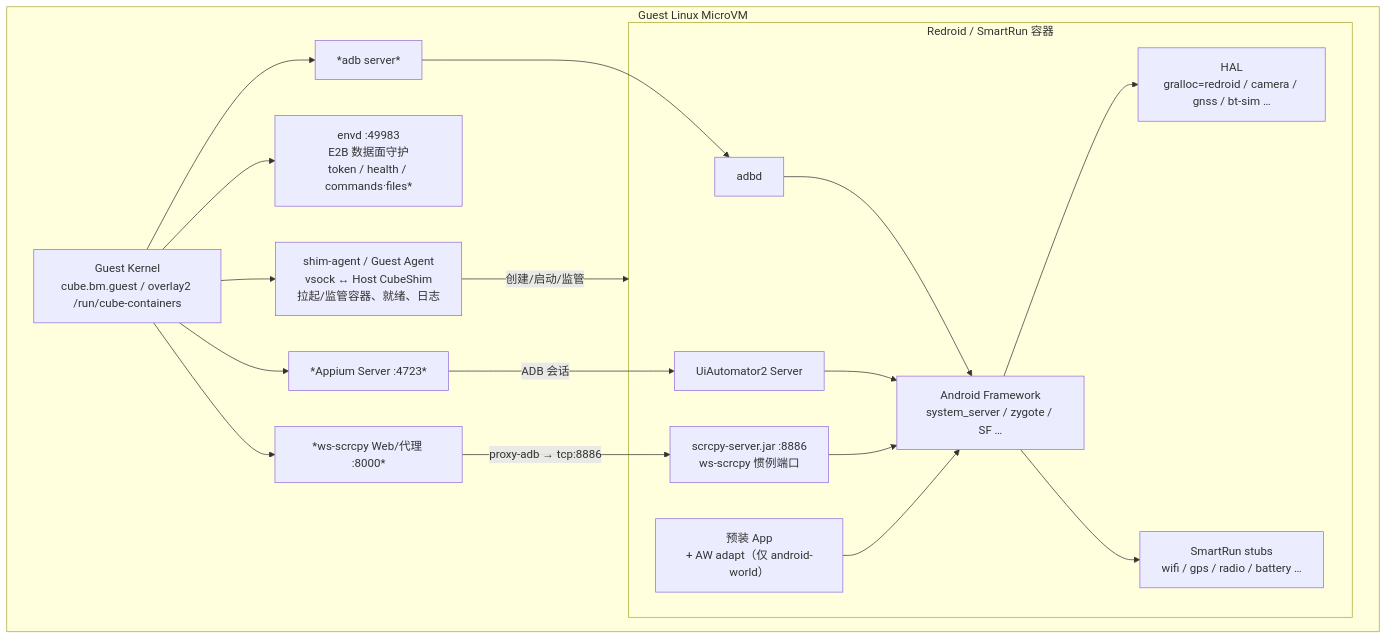
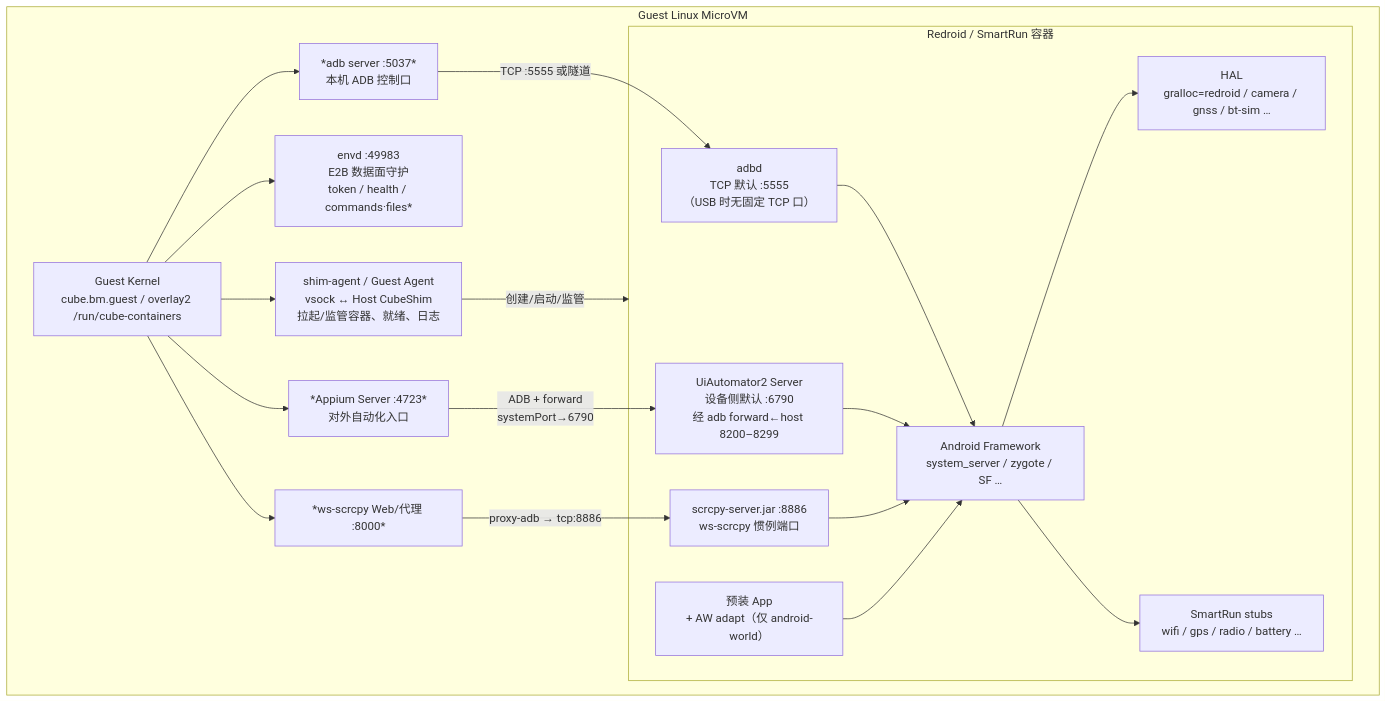
One commit to LOLHenry/android-cuttlefish changed the first of 6 diagrams in docs/architecture/ags-mobile-cube-runtime.md. Above: the diagram before and after it, drawn with Mermaid. The commit also changed other lines of this file, not shown here.

First line of the commit message:
docs: verify Mobile guest architecture and document UIA2/adbd ports

````diff
--- a/docs/architecture/ags-mobile-cube-runtime.md
+++ b/docs/architecture/ags-mobile-cube-runtime.md
@@ -17,40 +17,40 @@
 ```mermaid
 flowchart TB
   subgraph Guest["Guest Linux MicroVM"]
     Kernel["Guest Kernel<br/>cube.bm.guest / overlay2 /run/cube-containers"]
 
     ShimAgent["shim-agent / Guest Agent<br/>vsock ↔ Host CubeShim<br/>拉起/监管容器、就绪、日志"]
     Envd["envd :49983<br/>E2B 数据面守护<br/>token / health / commands·files*"]
-    AdbSrv["*adb server*"]
-    Appium["*Appium Server :4723*"]
+    AdbSrv["*adb server :5037*<br/>本机 ADB 控制口"]
+    Appium["*Appium Server :4723*<br/>对外自动化入口"]
     ScrcpyWeb["*ws-scrcpy Web/代理 :8000*"]
 
     subgraph Redroid["Redroid / SmartRun 容器"]
-      ADBD["adbd"]
-      UIA2["UiAutomator2 Server"]
+      ADBD["adbd<br/>TCP 默认 :5555<br/>（USB 时无固定 TCP 口）"]
+      UIA2["UiAutomator2 Server<br/>设备侧默认 :6790<br/>经 adb forward←host 8200–8299"]
       ScrcpySrv["scrcpy-server.jar :8886<br/>ws-scrcpy 惯例端口"]
       FW["Android Framework<br/>system_server / zygote / SF …"]
       HAL["HAL<br/>gralloc=redroid / camera / gnss / bt-sim …"]
       Stubs["SmartRun stubs<br/>wifi / gps / radio / battery …"]
       Apps["预装 App<br/>+ AW adapt（仅 android-world）"]
     end
 
     Kernel --> ShimAgent
     Kernel --> Envd
     Kernel --> AdbSrv
     Kernel --> Appium
     Kernel --> ScrcpyWeb
     ShimAgent -->|"创建/启动/监管"| Redroid
 
-    Appium -->|"ADB 会话"| UIA2
+    Appium -->|"ADB + forward<br/>systemPort→6790"| UIA2
     ScrcpyWeb -->|"proxy-adb → tcp:8886"| ScrcpySrv
-    AdbSrv --> ADBD
+    AdbSrv -->|"TCP :5555 或隧道"| ADBD
 
     ADBD --> FW
     UIA2 --> FW
     ScrcpySrv --> FW
     FW --> HAL
     FW --> Stubs
     Apps --> FW
   end
 ```
````
